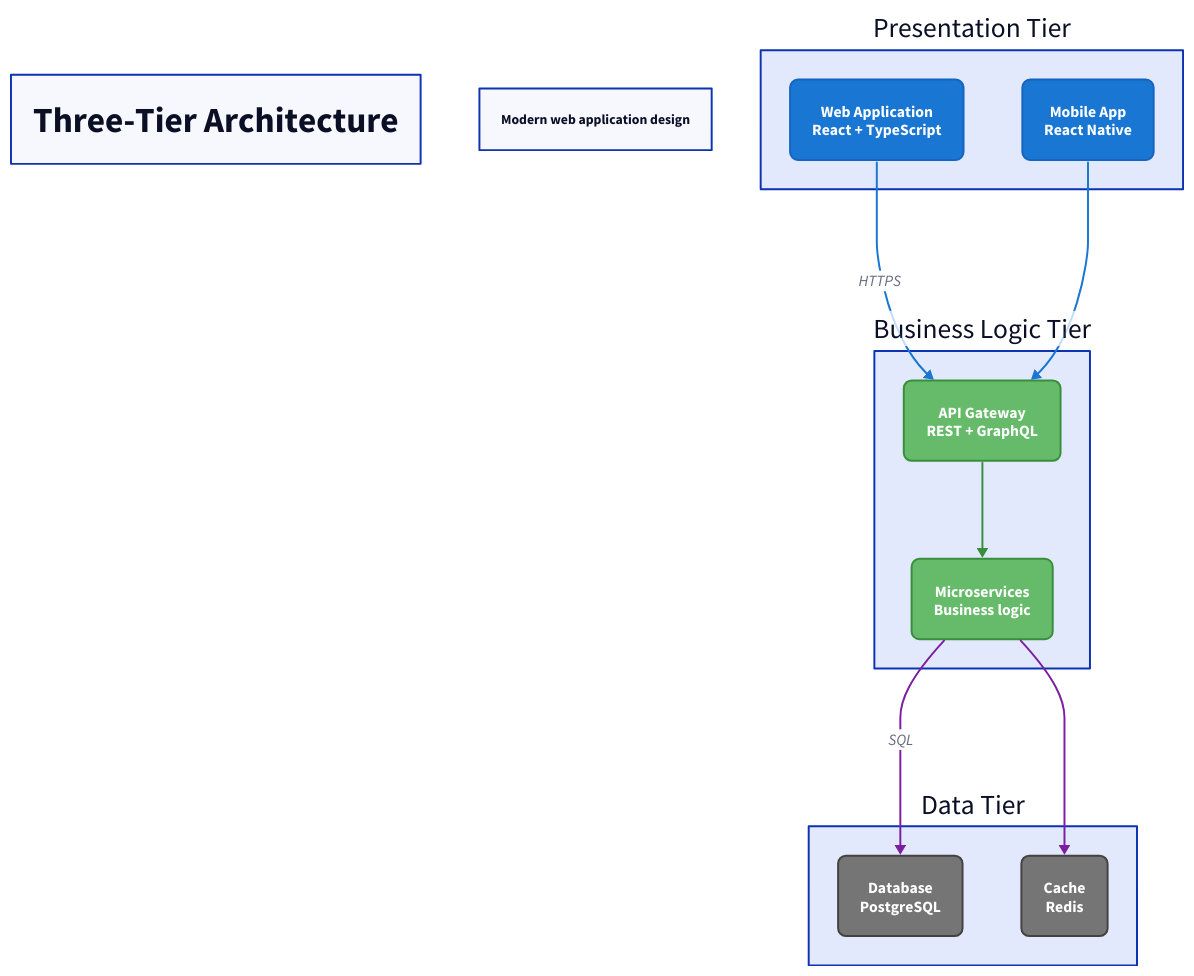
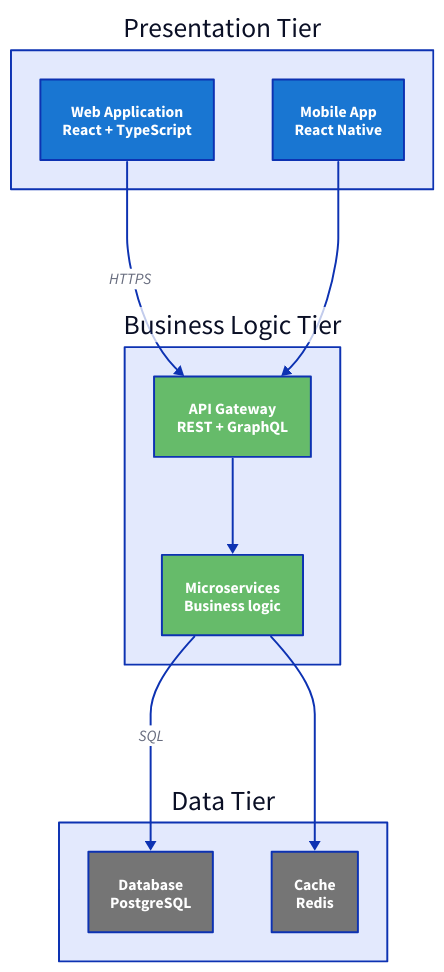
The diagram in diagram-dsl/examples/d2/styled-architecture.d2 (neongreen/mono), drawn with D2 before and after one commit. The commit also changed 21 other files, not shown here.

```diff
--- a/diagram-dsl/examples/d2/styled-architecture.d2
+++ b/diagram-dsl/examples/d2/styled-architecture.d2
@@ -1,95 +1,49 @@
 # Styled Architecture
 # Equivalent to styled-architecture.svg from diagram-dsl
 
 direction: down
 
-title: Three-Tier Architecture {
-  style.font-size: 36
-  style.bold: true
-}
-
-subtitle: Modern web application design {
-  style.font-size: 14
-}
-
 # Presentation Tier
 presentation: Presentation Tier {
   web-app: Web Application\nReact + TypeScript {
     style.fill: "#1976d2"
-    style.stroke: "#1565c0"
-    style.stroke-width: 2
-    style.border-radius: 8
     style.font-color: white
   }
   
   mobile-app: Mobile App\nReact Native {
     style.fill: "#1976d2"
-    style.stroke: "#1565c0"
-    style.stroke-width: 2
-    style.border-radius: 8
     style.font-color: white
   }
 }
 
 # Business Logic Tier
 business: Business Logic Tier {
   api-gateway: API Gateway\nREST + GraphQL {
     style.fill: "#66bb6a"
-    style.stroke: "#388e3c"
-    style.stroke-width: 2
-    style.border-radius: 8
     style.font-color: white
   }
   
   services: Microservices\nBusiness logic {
     style.fill: "#66bb6a"
-    style.stroke: "#388e3c"
-    style.stroke-width: 2
-    style.border-radius: 8
     style.font-color: white
   }
 }
 
 # Data Tier
 data: Data Tier {
   database: Database\nPostgreSQL {
     style.fill: "#757575"
-    style.stroke: "#424242"
-    style.stroke-width: 2
-    style.border-radius: 8
     style.font-color: white
   }
   
   cache: Cache\nRedis {
     style.fill: "#757575"
-    style.stroke: "#424242"
-    style.stroke-width: 2
-    style.border-radius: 8
     style.font-color: white
   }
 }
 
-presentation.web-app -> business.api-gateway: HTTPS {
-  style.stroke: "#1976d2"
-  style.stroke-width: 2
-}
-
-presentation.mobile-app -> business.api-gateway: {
-  style.stroke: "#1976d2"
-  style.stroke-width: 2
-}
-
-business.api-gateway -> business.services: {
-  style.stroke: "#388e3c"
-  style.stroke-width: 2
-}
-
-business.services -> data.database: SQL {
-  style.stroke: "#7b1fa2"
-  style.stroke-width: 2
-}
-
-business.services -> data.cache: {
-  style.stroke: "#7b1fa2"
-  style.stroke-width: 2
-}
+presentation.web-app -> business.api-gateway: HTTPS
+presentation.mobile-app -> business.api-gateway
+business.api-gateway -> business.services
+business.services -> data.database: SQL
+business.services -> data.cache
```
